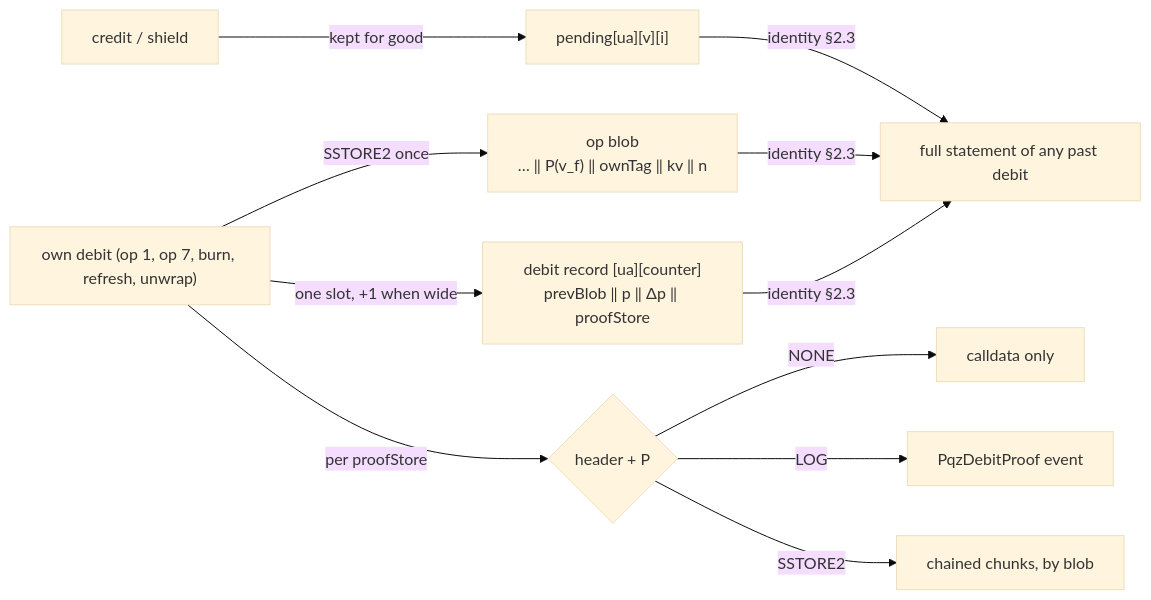
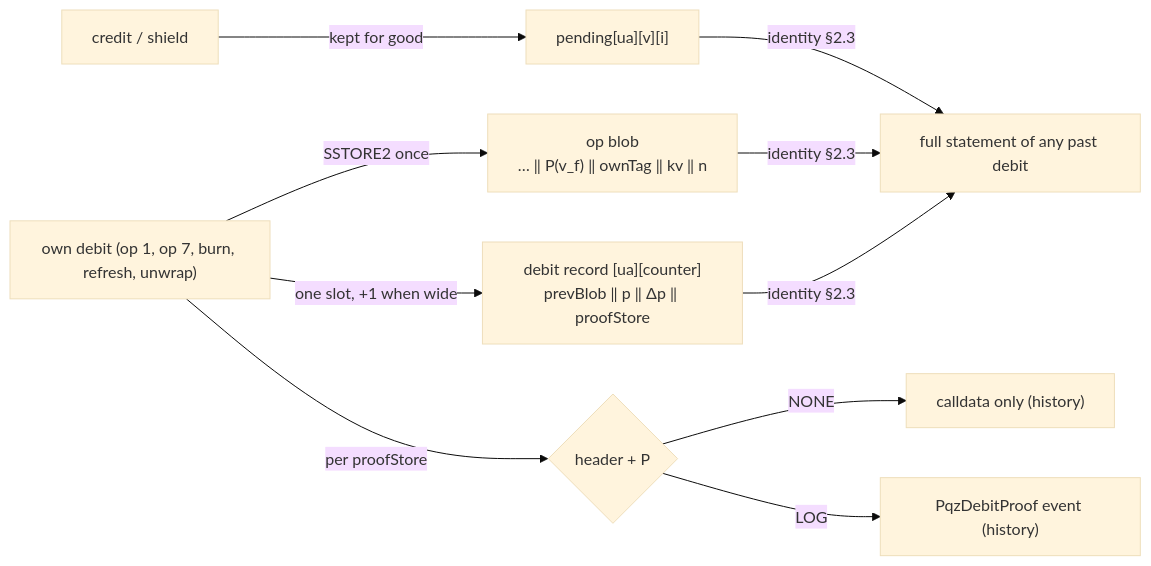
Before and after one commit to dinhduongha/scaas: the diagram in docs/superpowers/specs/2026-11-06-pqz-proof-path.md, drawn with Mermaid (base theme). The commit also changed other lines of this file and 1 other file, not shown here.

First line of the commit message:
spec + plan: PQZ proof path 3h owner-approved, proofStore NONE / LOG only

````diff
--- a/docs/superpowers/specs/2026-11-06-pqz-proof-path.md
+++ b/docs/superpowers/specs/2026-11-06-pqz-proof-path.md
@@ -96,11 +106,10 @@
 ```mermaid
 flowchart LR
   D["own debit (op 1, op 7, burn, refresh, unwrap)"] -->|"SSTORE2 once"| B["op blob<br/>… ‖ P(v_f) ‖ ownTag ‖ kv ‖ n"]
   D -->|"one slot, +1 when wide"| R["debit record [ua][counter]<br/>prevBlob ‖ p ‖ Δp ‖ proofStore"]
   D -->|"per proofStore"| P{"header + P"}
-  P -->|NONE| CD["calldata only"]
-  P -->|LOG| EV["PqzDebitProof event"]
-  P -->|SSTORE2| ST["chained chunks, by blob"]
+  P -->|NONE| CD["calldata only (history)"]
+  P -->|LOG| EV["PqzDebitProof event (history)"]
   C["credit / shield"] -->|"kept for good"| Q["pending[ua][v][i]"]
   R & Q & B -->|"identity §2.3"| T["full statement of any past debit"]
 ```
````
